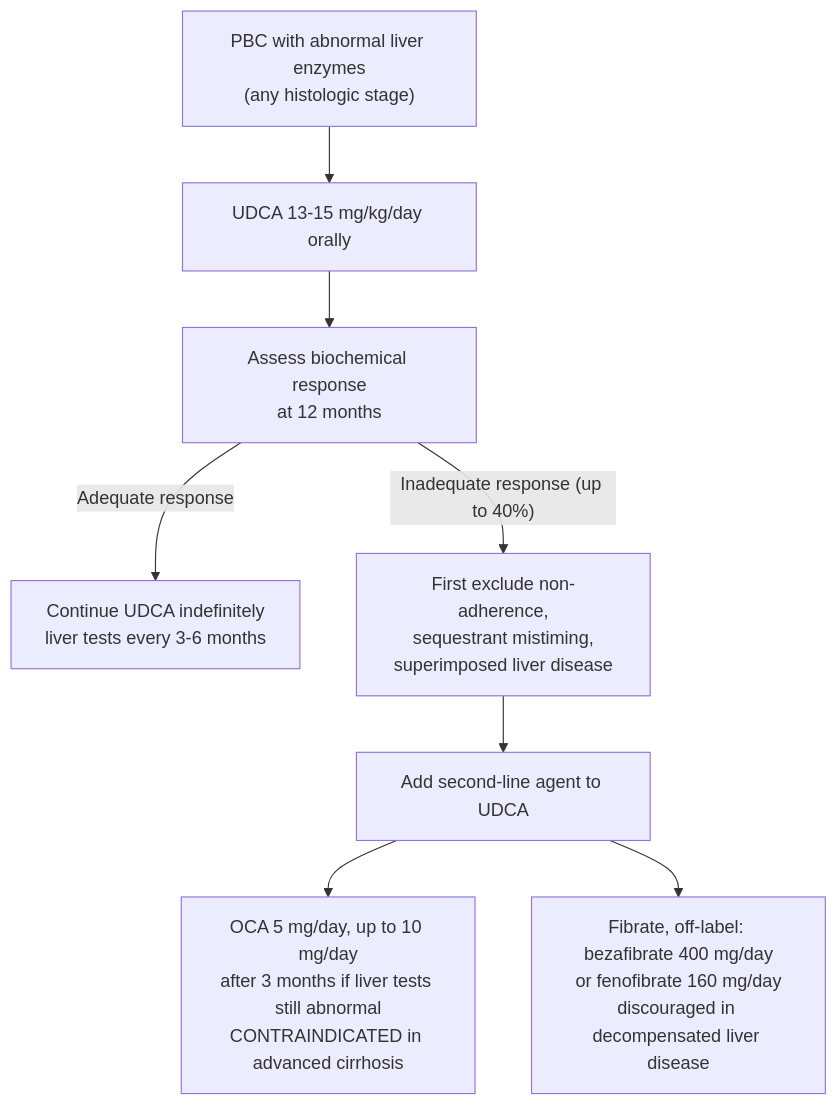
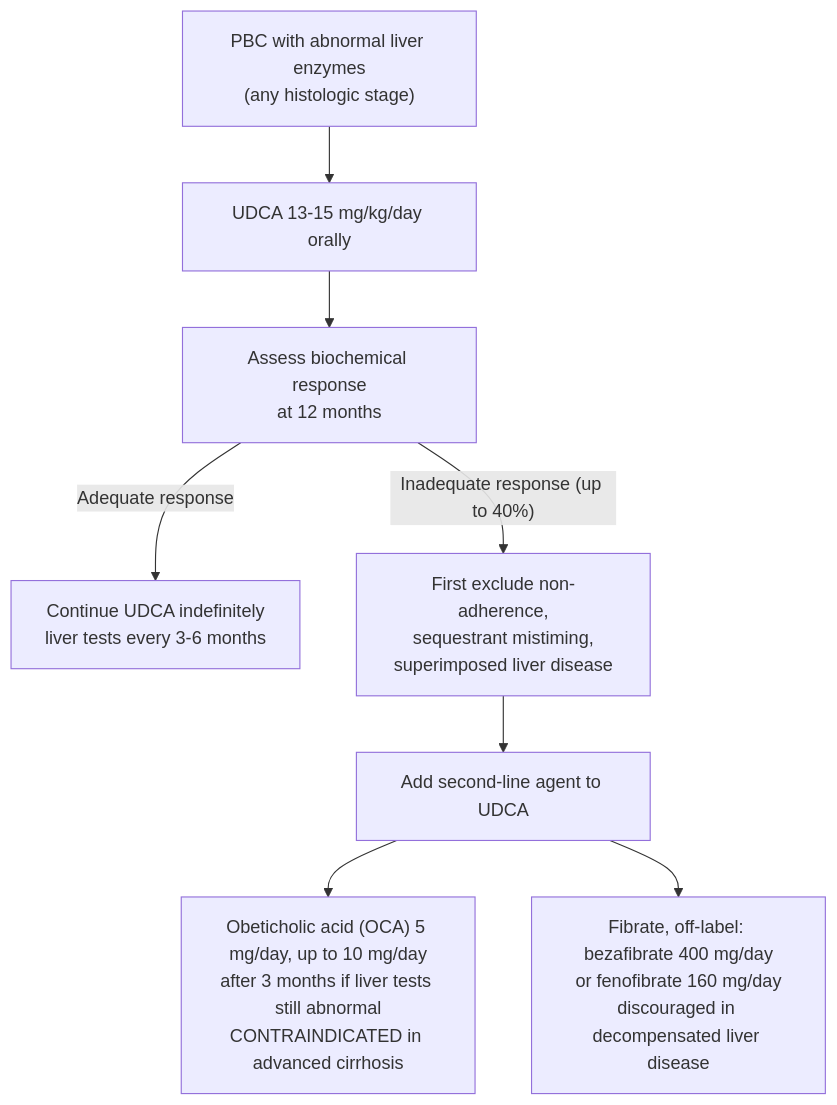
One commit to KHNickLeMD/KHNL-GI-Wiki changed the diagram in KHNL-GI-Wiki/wiki/5-meds/ursodeoxycholic-acid.md. Above: the diagram before and after it, drawn with Mermaid. The commit also changed other lines of this file and 620 other files, not shown here.

````diff
--- a/KHNL-GI-Wiki/wiki/5-meds/ursodeoxycholic-acid.md
+++ b/KHNL-GI-Wiki/wiki/5-meds/ursodeoxycholic-acid.md
@@ -91,10 +91,10 @@
 ```mermaid
 flowchart TD
     A["PBC with abnormal liver enzymes<br/>(any histologic stage)"] --> B["UDCA 13-15 mg/kg/day orally"]
     B --> C["Assess biochemical response<br/>at 12 months"]
     C -->|"Adequate response"| D["Continue UDCA indefinitely<br/>liver tests every 3-6 months"]
     C -->|"Inadequate response (up to 40%)"| E["First exclude non-adherence,<br/>sequestrant mistiming,<br/>superimposed liver disease"]
     E --> F["Add second-line agent to UDCA"]
-    F --> G["OCA 5 mg/day, up to 10 mg/day<br/>after 3 months if liver tests still abnormal<br/>CONTRAINDICATED in advanced cirrhosis"]
+    F --> G["Obeticholic acid (OCA) 5 mg/day, up to 10 mg/day<br/>after 3 months if liver tests still abnormal<br/>CONTRAINDICATED in advanced cirrhosis"]
     F --> H["Fibrate, off-label: bezafibrate 400 mg/day<br/>or fenofibrate 160 mg/day<br/>discouraged in decompensated liver disease"]
 ```
````
